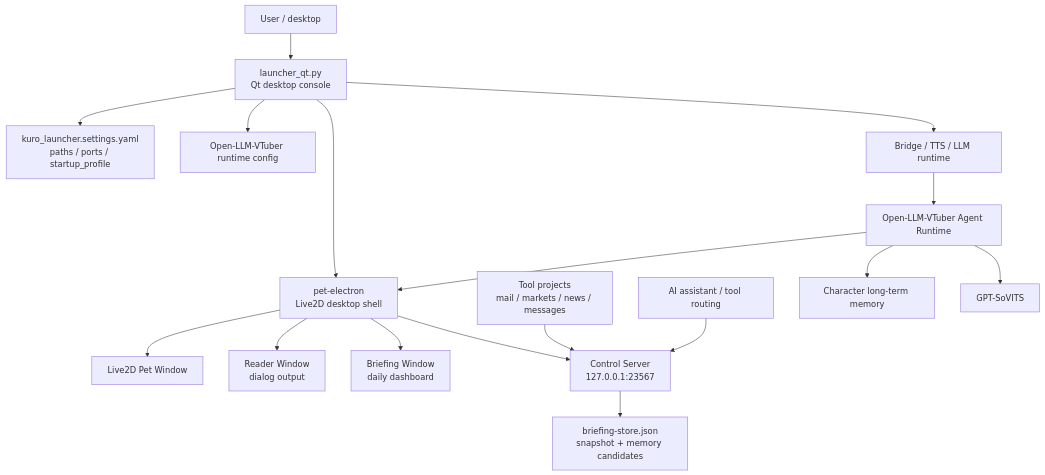
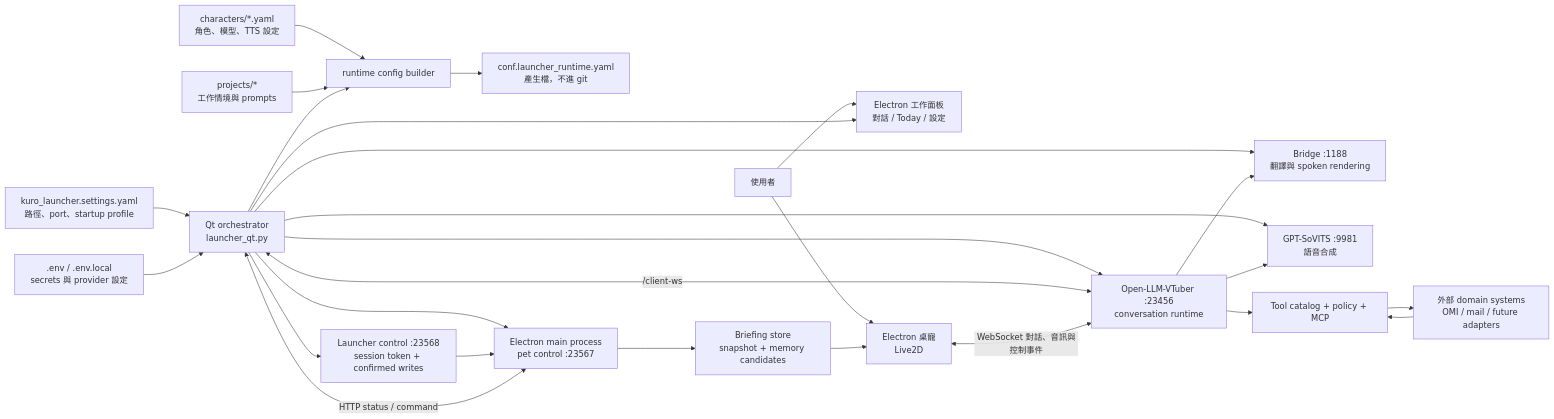
Before and after one commit to lulu930128/desktop-agent-runtime: the first of 4 diagrams in README.md, drawn with Mermaid. The commit also changed other lines of this file and 57 other files, not shown here.

First line of the commit message:
feat: add unified Kuro work panel

````diff
--- a/README.md
+++ b/README.md
@@ -62,22 +46,33 @@
 ```mermaid
-flowchart TD
-    User["User / desktop"] --> Launcher["launcher_qt.py<br/>Qt desktop console"]
-    Launcher --> Config["kuro_launcher.settings.yaml<br/>paths / ports / startup_profile"]
-    Launcher --> RuntimeConf["Open-LLM-VTuber runtime config"]
-    Launcher --> PetShell["pet-electron<br/>Live2D desktop shell"]
-    Launcher --> Services["Bridge / TTS / LLM runtime"]
+flowchart LR
+    User["使用者"] --> WorkPanel["Electron 工作面板<br/>對話 / Today / 設定"]
+    User --> PetUI["Electron 桌寵<br/>Live2D"]
+    Console["Qt orchestrator<br/>launcher_qt.py"] --> WorkPanel
 
-    PetShell --> MainWindow["Live2D Pet Window"]
-    PetShell --> Reader["Reader Window<br/>dialog output"]
-    PetShell --> Briefing["Briefing Window<br/>daily dashboard"]
-    PetShell --> Control["Control Server<br/>127.0.0.1:23567"]
+    Settings["kuro_launcher.settings.yaml<br/>路徑、port、startup profile"] --> Console
+    Env[".env / .env.local<br/>secrets 與 provider 設定"] --> Console
+    Character["characters/*.yaml<br/>角色、模型、TTS 設定"] --> RuntimeBuilder["runtime config builder"]
+    Project["projects/*<br/>工作情境與 prompts"] --> RuntimeBuilder
+    Console --> RuntimeBuilder
+    RuntimeBuilder --> Generated["conf.launcher_runtime.yaml<br/>產生檔，不進 git"]
 
-    Control --> BriefingStore["briefing-store.json<br/>snapshot + memory candidates"]
-    Tools["Tool projects<br/>mail / markets / news / messages"] --> Control
-    Agent["AI assistant / tool routing"] --> Control
+    Console --> Bridge["Bridge :1188<br/>翻譯與 spoken rendering"]
+    Console --> TTS["GPT-SoVITS :9981<br/>語音合成"]
+    Console --> Runtime["Open-LLM-VTuber :23456<br/>conversation runtime"]
+    Console --> PetMain["Electron main process<br/>pet control :23567"]
+    Console --> LauncherControl["Launcher control :23568<br/>session token + confirmed writes"]
+    LauncherControl --> PetMain
 
-    Services --> AgentRuntime["Open-LLM-VTuber Agent Runtime"]
-    AgentRuntime --> Memory["Character long-term memory"]
-    AgentRuntime --> TTS["GPT-SoVITS"]
-    AgentRuntime --> PetShell
+    Console <-->|"/client-ws"| Runtime
+    PetUI <-->|"WebSocket 對話、音訊與控制事件"| Runtime
+    Runtime --> Bridge
+    Runtime --> TTS
+
+    Runtime --> Tools["Tool catalog + policy + MCP"]
+    Tools --> Domain["外部 domain systems<br/>OMI / mail / future adapters"]
+    Domain --> Tools
+
+    Console <-->|"HTTP status / command"| PetMain
+    PetMain --> BriefingStore["Briefing store<br/>snapshot + memory candidates"]
+    BriefingStore --> PetUI
 ```
````
